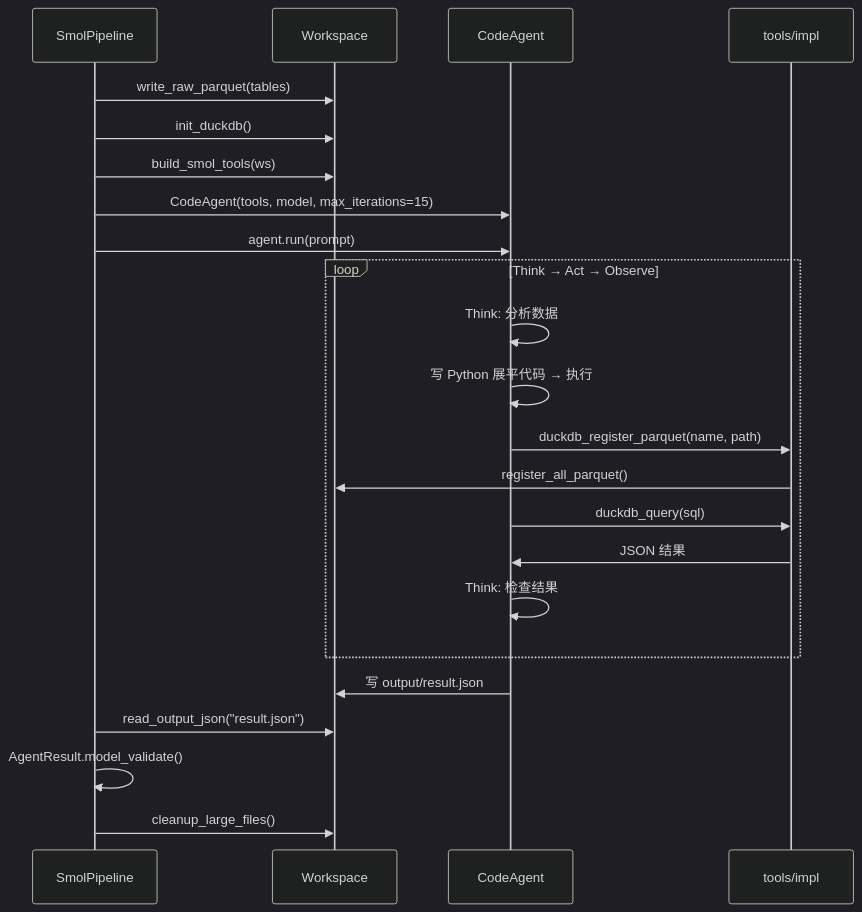
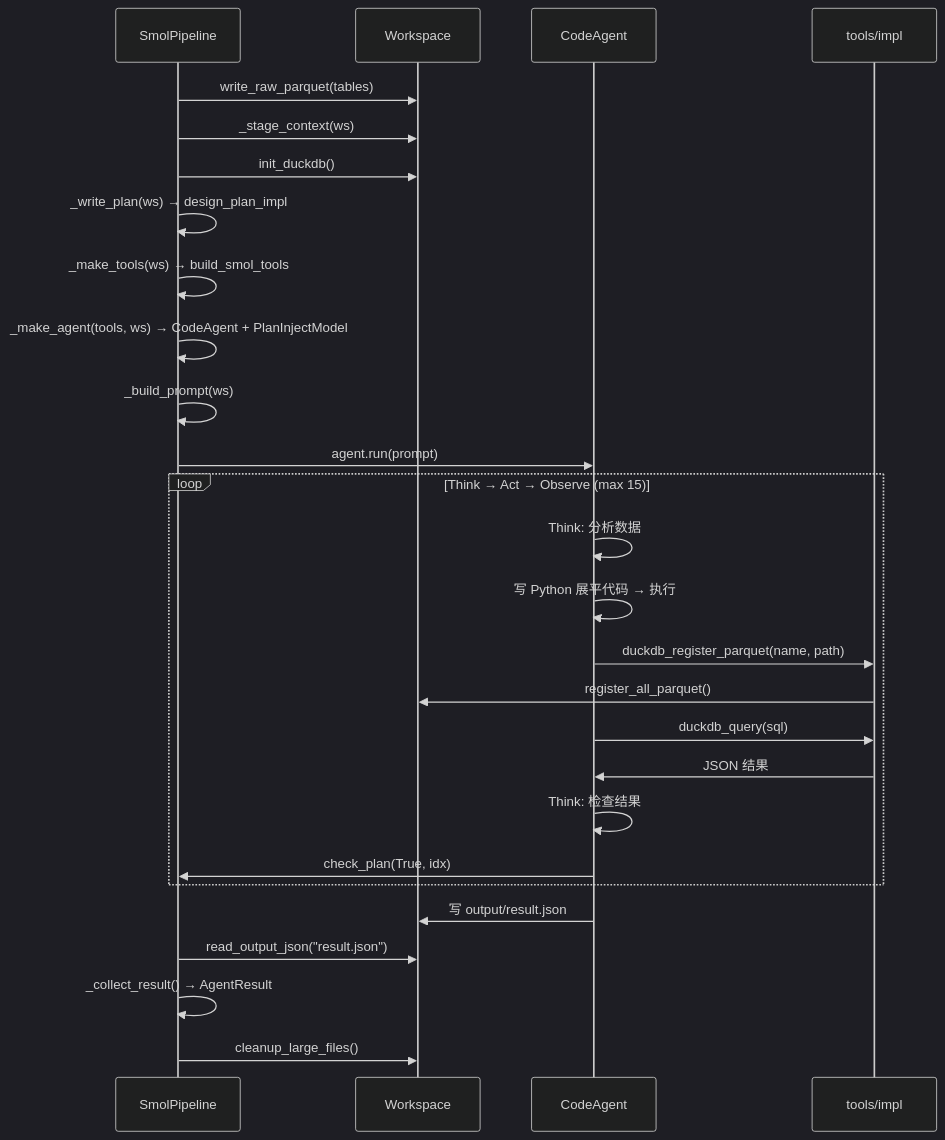
One commit to FuLuTang/AI-Store-Analysis-System changed the second of 2 diagrams in docs/agent-poc/smolagents-codeagent-poc/架构设计.md. Above: the diagram before and after it, drawn with Mermaid (dark theme). The commit also changed other lines of this file and 1 other file, not shown here.

Commit message:
docs: fix outdated refs in 架构设计.md(sequence+code) and agent-方案讨论.md(branch/workspace/flow)

````diff
--- a/docs/agent-poc/smolagents-codeagent-poc/架构设计.md
+++ b/docs/agent-poc/smolagents-codeagent-poc/架构设计.md
@@ -151,28 +156,32 @@
 ```mermaid
 sequenceDiagram
     participant P as SmolPipeline
     participant W as Workspace
     participant A as CodeAgent
     participant I as tools/impl
 
     P->>W: write_raw_parquet(tables)
+    P->>W: _stage_context(ws)
     P->>W: init_duckdb()
-    P->>W: build_smol_tools(ws)
-    P->>A: CodeAgent(tools, model, max_iterations=15)
+    P->>P: _write_plan(ws) → design_plan_impl
+    P->>P: _make_tools(ws) → build_smol_tools
+    P->>P: _make_agent(tools, ws) → CodeAgent + PlanInjectModel
+    P->>P: _build_prompt(ws)
     P->>A: agent.run(prompt)
 
-    loop Think → Act → Observe
+    loop Think → Act → Observe (max 15)
         A->>A: Think: 分析数据
         A->>A: 写 Python 展平代码 → 执行
         A->>I: duckdb_register_parquet(name, path)
         I->>W: register_all_parquet()
         A->>I: duckdb_query(sql)
         I->>A: JSON 结果
         A->>A: Think: 检查结果
+        A->>P: check_plan(True, idx)
     end
 
     A->>W: 写 output/result.json
     P->>W: read_output_json("result.json")
-    P->>P: AgentResult.model_validate()
+    P->>P: _collect_result() → AgentResult
     P->>W: cleanup_large_files()
 ```
````
